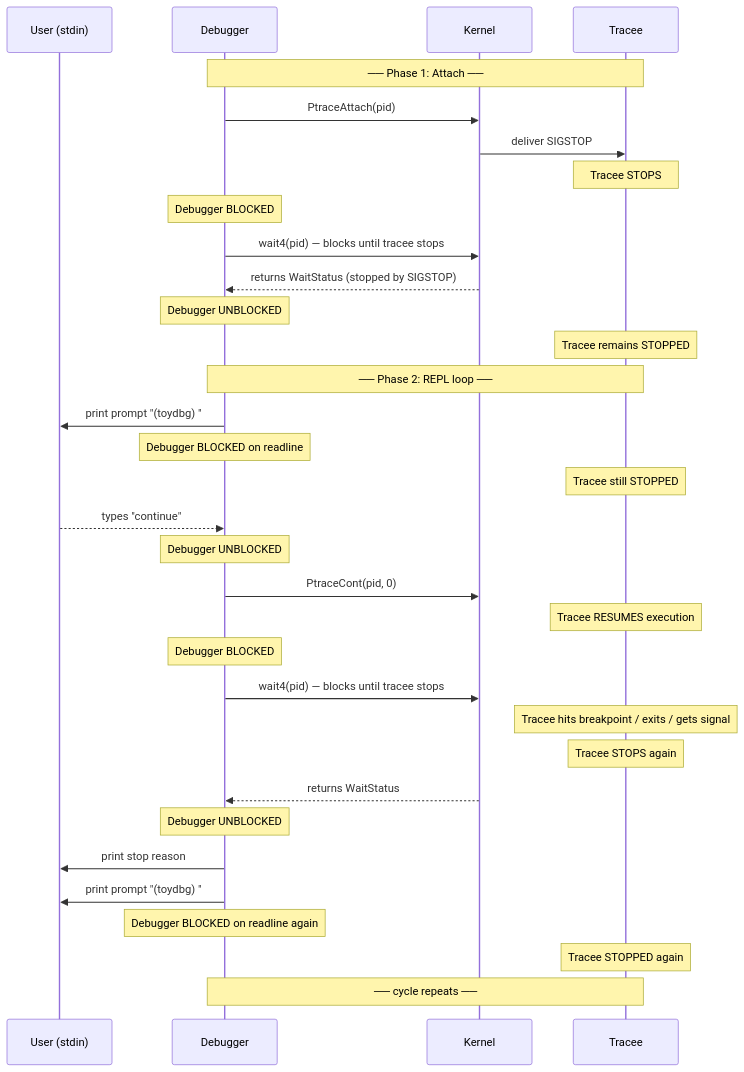
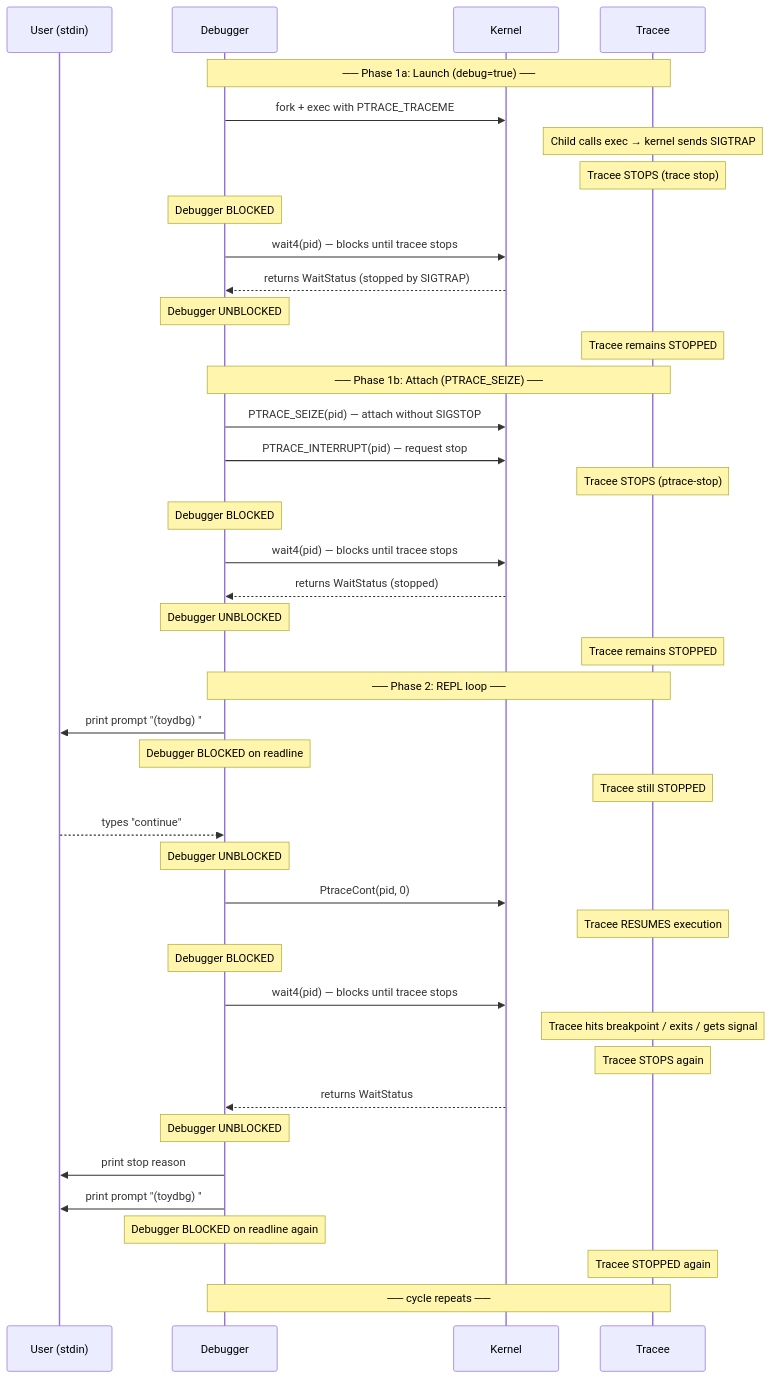
One commit to stevanovicmarko/x86-64-toy-debugger changed the diagram in docs/sequence-diagram.mmd. Above: the diagram before and after it, drawn with Mermaid. The commit also changed 6 other files, not shown here.

Commit message:
feat: Implement PTRACE_SEIZE for robust process attachment, add `LaunchNoDebug` for non-traced process execution, and introduce new Go test targets.

```diff
--- a/docs/sequence-diagram.mmd
+++ b/docs/sequence-diagram.mmd
@@ -1,37 +1,47 @@
 sequenceDiagram
     participant U as User (stdin)
     participant D as Debugger
     participant K as Kernel
     participant T as Tracee
 
-    Note over D,T: ── Phase 1: Attach ──
-    D->>K: PtraceAttach(pid)
-    K->>T: deliver SIGSTOP
-    Note over T: Tracee STOPS
+    Note over D,T: ── Phase 1a: Launch (debug=true) ──
+    D->>K: fork + exec with PTRACE_TRACEME
+    Note over T: Child calls exec → kernel sends SIGTRAP
+    Note over T: Tracee STOPS (trace stop)
     Note over D: Debugger BLOCKED
     D->>K: wait4(pid) — blocks until tracee stops
-    K-->>D: returns WaitStatus (stopped by SIGSTOP)
+    K-->>D: returns WaitStatus (stopped by SIGTRAP)
+    Note over D: Debugger UNBLOCKED
+    Note over T: Tracee remains STOPPED
+
+    Note over D,T: ── Phase 1b: Attach (PTRACE_SEIZE) ──
+    D->>K: PTRACE_SEIZE(pid) — attach without SIGSTOP
+    D->>K: PTRACE_INTERRUPT(pid) — request stop
+    Note over T: Tracee STOPS (ptrace-stop)
+    Note over D: Debugger BLOCKED
+    D->>K: wait4(pid) — blocks until tracee stops
+    K-->>D: returns WaitStatus (stopped)
     Note over D: Debugger UNBLOCKED
     Note over T: Tracee remains STOPPED
 
     Note over D,T: ── Phase 2: REPL loop ──
     D->>U: print prompt "(toydbg) "
     Note over D: Debugger BLOCKED on readline
     Note over T: Tracee still STOPPED
     U-->>D: types "continue"
     Note over D: Debugger UNBLOCKED
 
     D->>K: PtraceCont(pid, 0)
     Note over T: Tracee RESUMES execution
     Note over D: Debugger BLOCKED
     D->>K: wait4(pid) — blocks until tracee stops
     Note over T: Tracee hits breakpoint / exits / gets signal
     Note over T: Tracee STOPS again
     K-->>D: returns WaitStatus
     Note over D: Debugger UNBLOCKED
 
     D->>U: print stop reason
     D->>U: print prompt "(toydbg) "
     Note over D: Debugger BLOCKED on readline again
     Note over T: Tracee STOPPED again
     Note over D,T: ── cycle repeats ──
```
